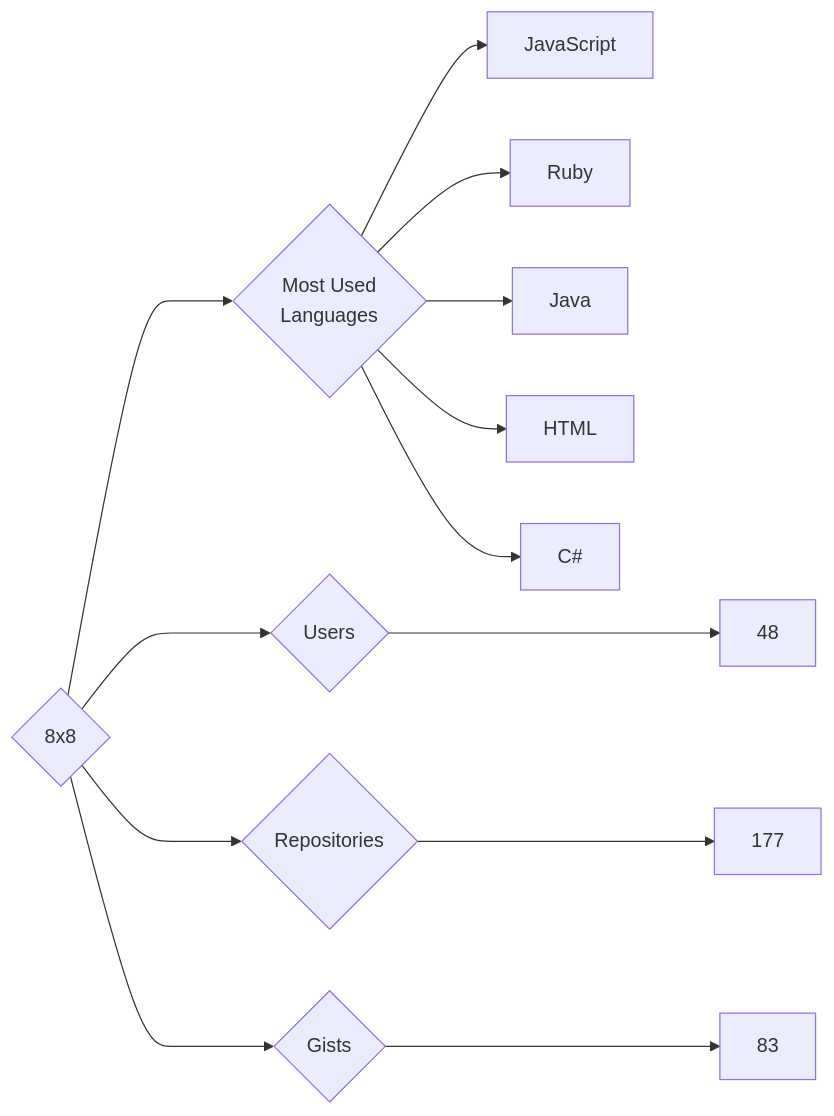
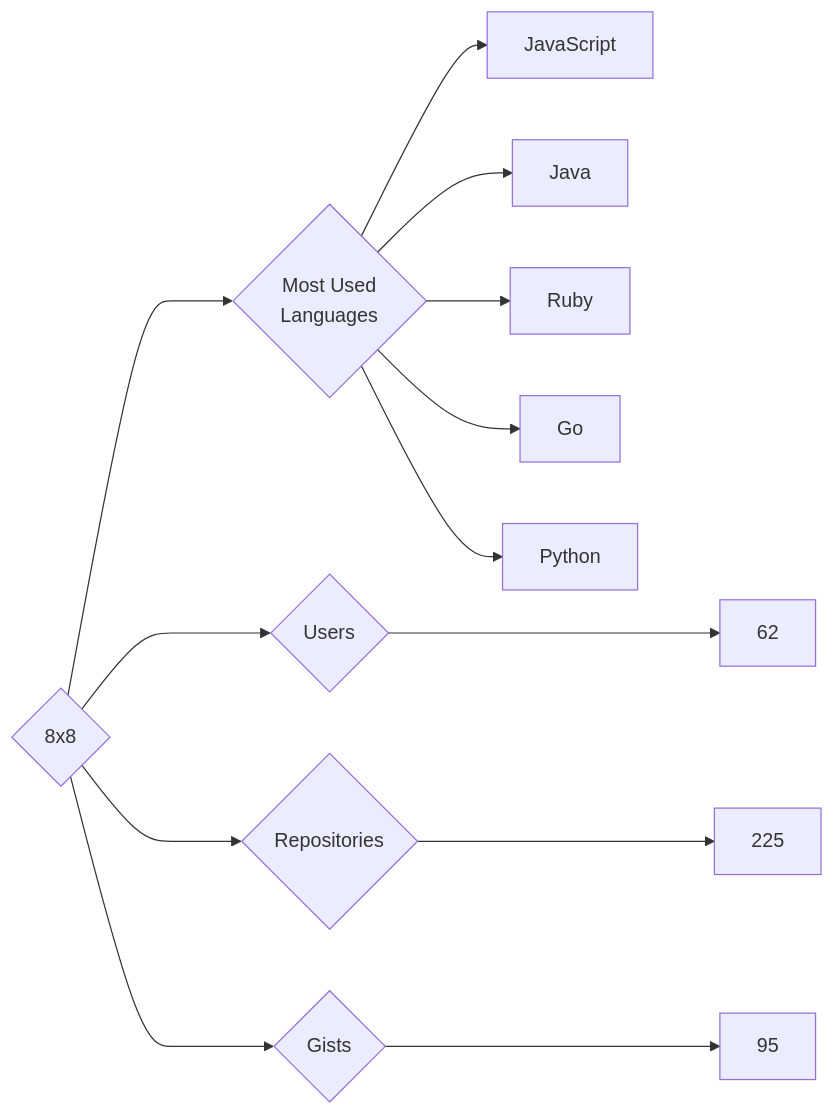
The diagram in targets/8x8/README.md (trickest/insiders), drawn with Mermaid before and after one commit. The commit also changed 757 other files, not shown here.

````diff
--- a/targets/8x8/README.md
+++ b/targets/8x8/README.md
@@ -3,13 +3,13 @@
 ```mermaid
 graph LR
 COMPANY_NAME{8x8}
-COMPANY_NAME ---> U{Users} ---> UN[48]
-COMPANY_NAME ---> R{Repositories} ---> RN[177]
-COMPANY_NAME ---> G{Gists} ---> GN[83]
+COMPANY_NAME ---> U{Users} ---> UN[62]
+COMPANY_NAME ---> R{Repositories} ---> RN[225]
+COMPANY_NAME ---> G{Gists} ---> GN[95]
 COMPANY_NAME ---> ML{Most Used<br>Languages}
 ML --> JavaScript[JavaScript]
+ML --> Java[Java]
 ML --> Ruby[Ruby]
-ML --> Java[Java]
-ML --> HTML[HTML]
-ML --> C#[C#]
+ML --> Go[Go]
+ML --> Python[Python]
 ```
````
